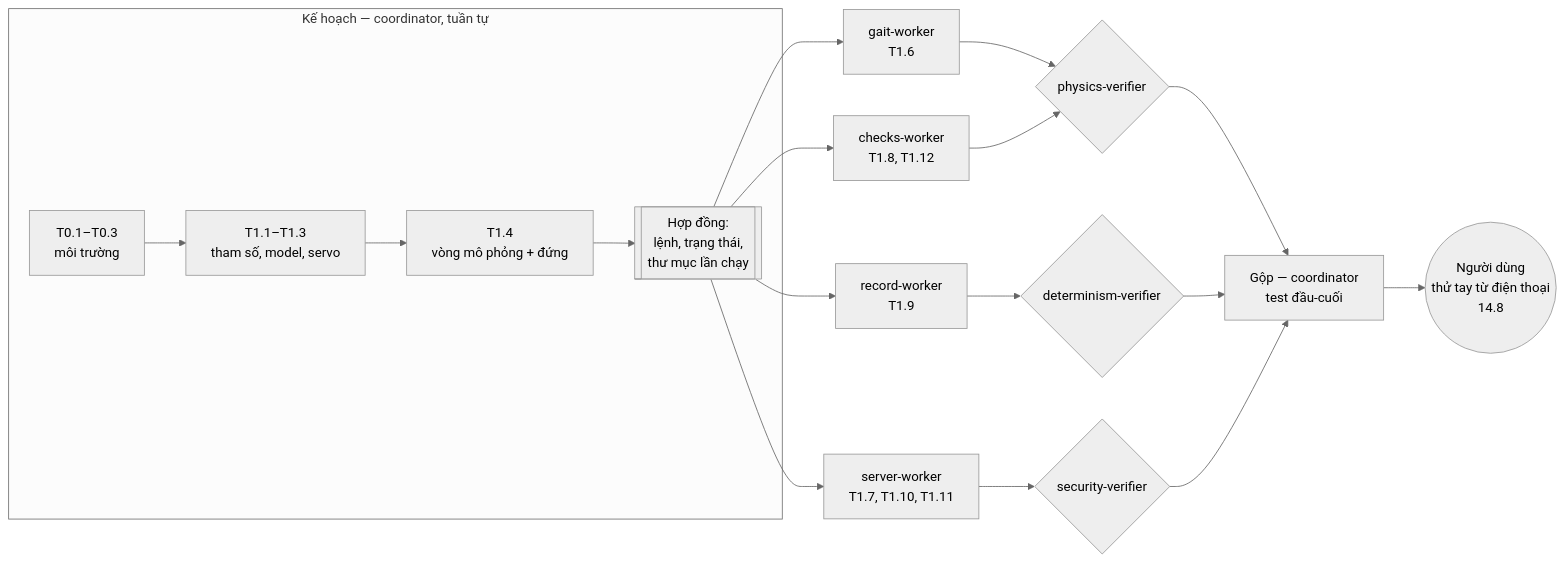
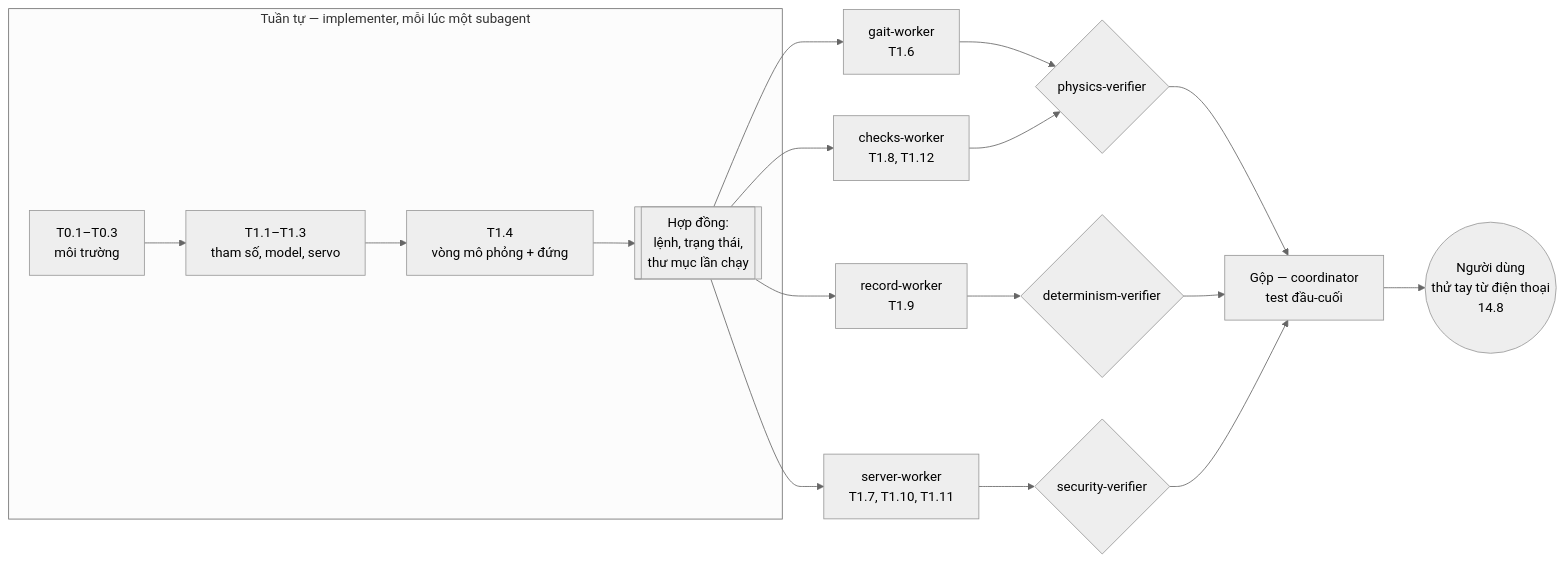
One commit to katan-chan/robot changed the diagram in docs/harness/task-graph.md. Above: the diagram before and after it, drawn with Mermaid (neutral theme). The commit also changed other lines of this file and 10 other files, not shown here.

````diff
--- a/docs/harness/task-graph.md
+++ b/docs/harness/task-graph.md
@@ -23,19 +23,19 @@
 ```mermaid
 flowchart LR
-  subgraph PLAN["Kế hoạch — coordinator, tuần tự"]
+  subgraph PLAN["Tuần tự — implementer, mỗi lúc một subagent"]
     A[T0.1–T0.3<br/>môi trường] --> B[T1.1–T1.3<br/>tham số, model, servo] --> C[T1.4<br/>vòng mô phỏng + đứng]
     C --> K[[Hợp đồng:<br/>lệnh, trạng thái,<br/>thư mục lần chạy]]
   end
   K --> W1[gait-worker<br/>T1.6]
   K --> W2[checks-worker<br/>T1.8, T1.12]
   K --> W3[record-worker<br/>T1.9]
   K --> W4[server-worker<br/>T1.7, T1.10, T1.11]
   W1 --> V1{physics-verifier}
   W2 --> V1
   W3 --> V2{determinism-verifier}
   W4 --> V3{security-verifier}
   V1 --> M[Gộp — coordinator<br/>test đầu-cuối]
   V2 --> M
   V3 --> M
   M --> H((Người dùng<br/>thử tay từ điện thoại<br/>14.8))
 ```
````
